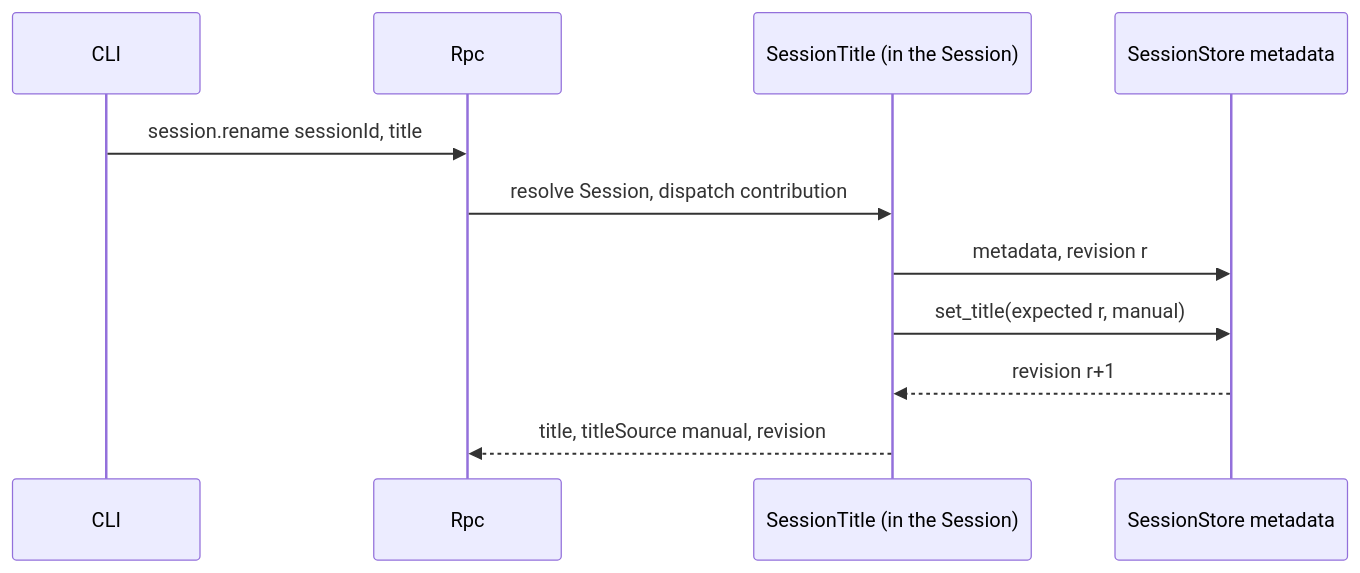
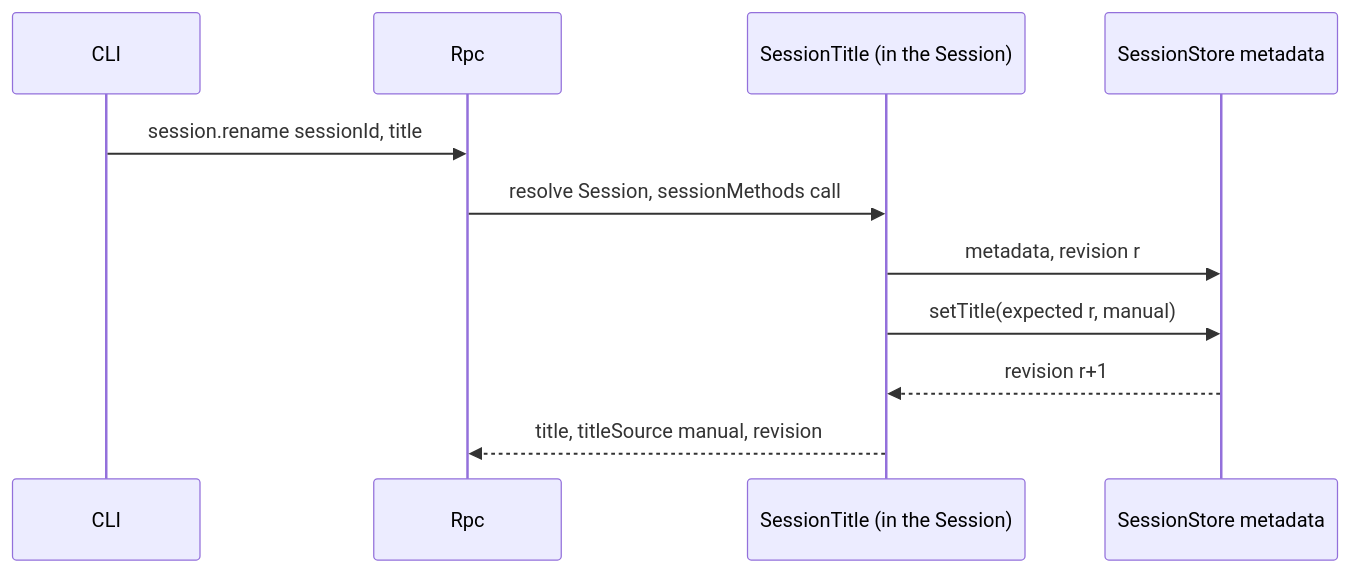
The fourth of 5 diagrams in docs/design/plugins/SessionTitle.md (CoutinhoTTS/dim-agent), drawn with Mermaid before and after one commit. The commit also changed other lines of this file and 3 other files, not shown here.

````diff
--- a/docs/design/plugins/SessionTitle.md
+++ b/docs/design/plugins/SessionTitle.md
@@ -89,13 +89,13 @@
 ```mermaid
 sequenceDiagram
   participant CLI
   participant Rpc
   participant ST as SessionTitle (in the Session)
   participant Meta as SessionStore metadata
   CLI->>Rpc: session.rename sessionId, title
-  Rpc->>ST: resolve Session, dispatch contribution
+  Rpc->>ST: resolve Session, sessionMethods call
   ST->>Meta: metadata, revision r
-  ST->>Meta: set_title(expected r, manual)
+  ST->>Meta: setTitle(expected r, manual)
   Meta-->>ST: revision r+1
   ST-->>Rpc: title, titleSource manual, revision
 ```
````
